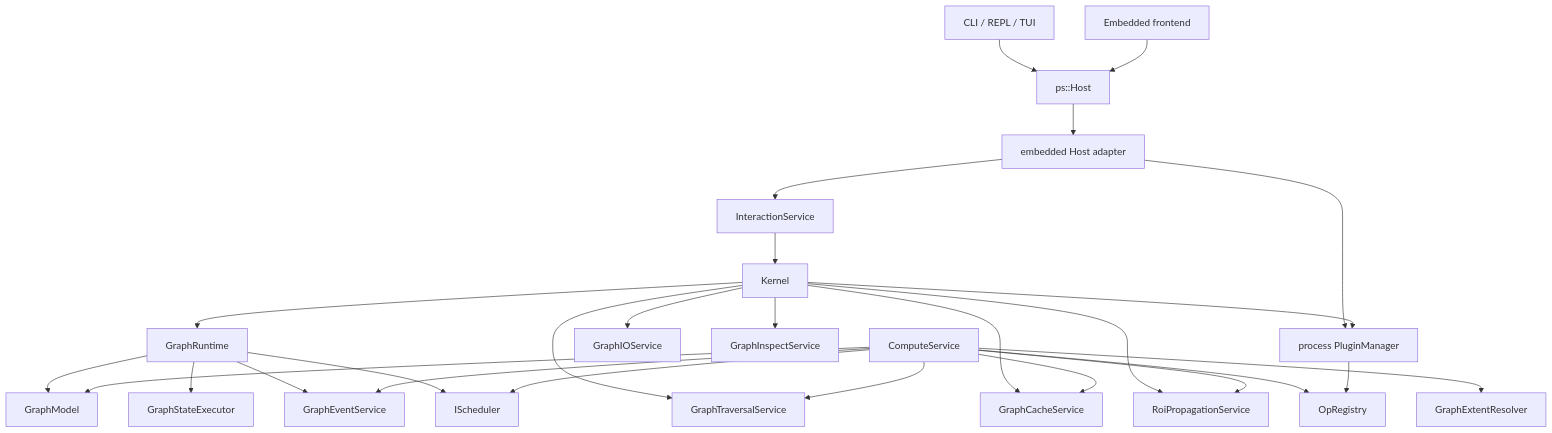
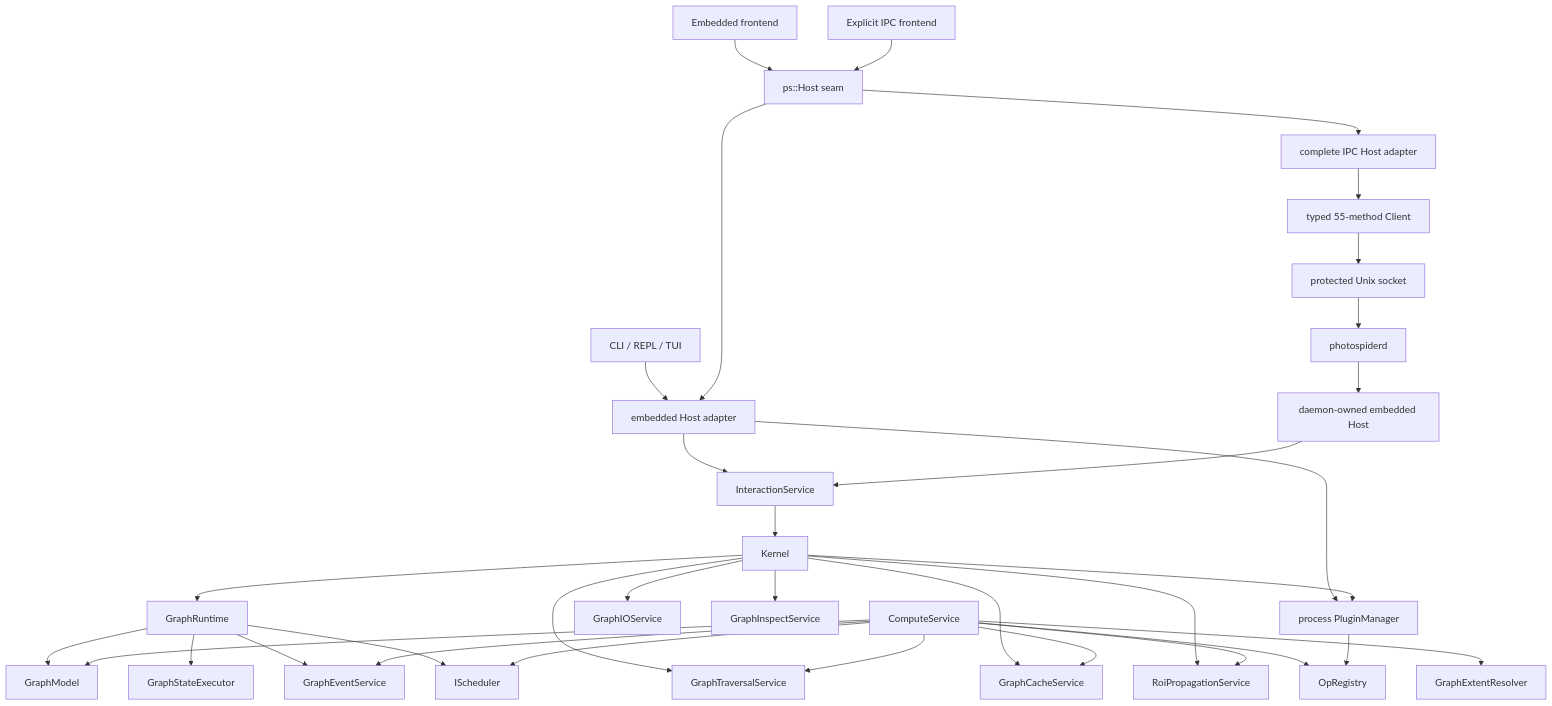
One commit to kevin-zf1123/photospider changed the diagram in docs/kernel-architecture/Overview.md. Above: the diagram before and after it, drawn with Mermaid. The commit also changed other lines of this file and 12 other files, not shown here.

First line of the commit message:
text [docs] document complete IPC product contract

````diff
--- a/docs/kernel-architecture/Overview.md
+++ b/docs/kernel-architecture/Overview.md
@@ -89,33 +107,40 @@
 ```mermaid
 graph TD
-    CLI["CLI / REPL / TUI"] --> Host["ps::Host"]
-    Frontend["Embedded frontend"] --> Host["ps::Host"]
-    Host --> EmbeddedHost["embedded Host adapter"]
+    CLI["CLI / REPL / TUI"] --> EmbeddedHost["embedded Host adapter"]
+    Frontend["Embedded frontend"] --> Host["ps::Host seam"]
+    RemoteFrontend["Explicit IPC frontend"] --> Host
+    Host --> EmbeddedHost
+    Host --> IpcHost["complete IPC Host adapter"]
+    IpcHost --> Client["typed 55-method Client"]
+    Client --> Socket["protected Unix socket"]
+    Socket --> Daemon["photospiderd"]
+    Daemon --> DaemonHost["daemon-owned embedded Host"]
     EmbeddedHost --> InteractionService
+    DaemonHost --> InteractionService
     EmbeddedHost --> PluginManager["process PluginManager"]
     InteractionService --> Kernel
 
     Kernel --> GraphRuntime
     Kernel --> GraphIOService
     Kernel --> GraphTraversalService
     Kernel --> GraphCacheService
     Kernel --> GraphInspectService
     Kernel --> RoiPropagationService
     Kernel --> PluginManager
 
     GraphRuntime --> GraphModel
     GraphRuntime --> GraphStateExecutor
     GraphRuntime --> GraphEventService
     GraphRuntime --> IScheduler
 
     ComputeService --> GraphModel
     ComputeService --> GraphTraversalService
     ComputeService --> RoiPropagationService
     ComputeService --> GraphExtentResolver
     ComputeService --> GraphCacheService
     ComputeService --> GraphEventService
     ComputeService --> OpRegistry
     ComputeService --> IScheduler
 
     PluginManager --> OpRegistry
 ```
````
